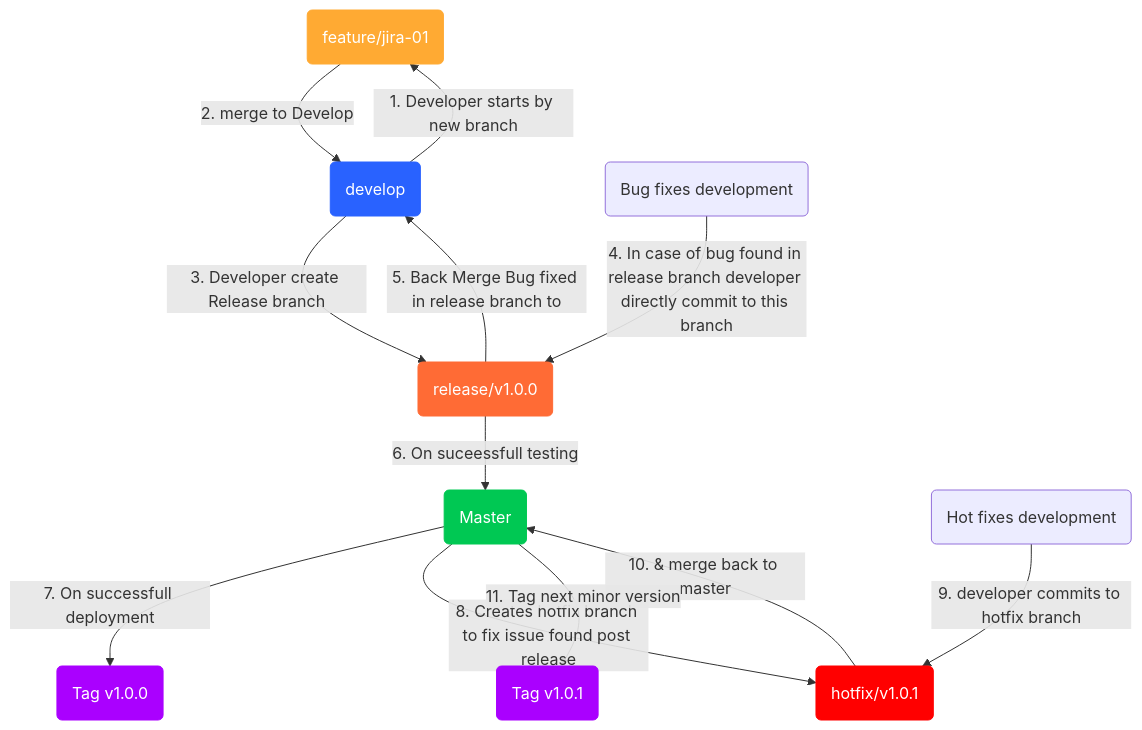
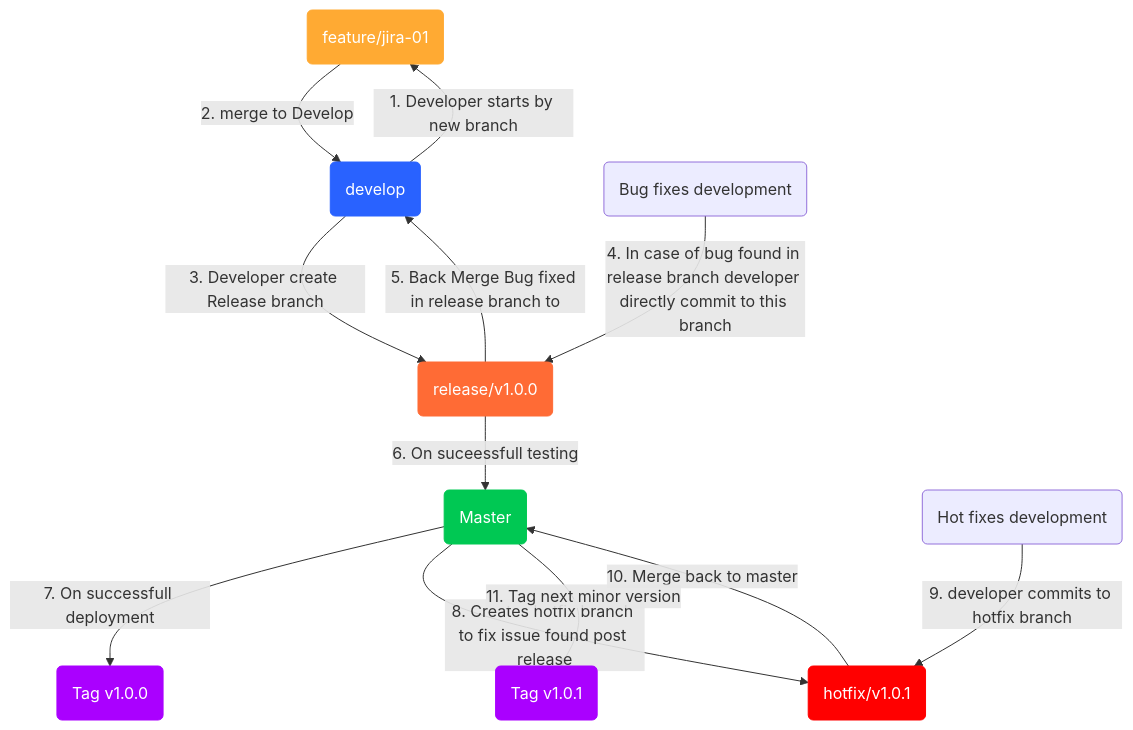
One commit to karthikeyan-manivasagam/gitflow-flowchart-mermaid changed the diagram in flowchart.mermaid. Above: the diagram before and after it, drawn with Mermaid.

```diff
--- a/flowchart.mermaid
+++ b/flowchart.mermaid
@@ -1,36 +1,36 @@
 flowchart TD
     %% Nodes
     A("feature/jira-01")
     B("develop")
     C("release/v1.0.0")
     D("Master")
     E("Bug fixes development")
     G("Tag v1.0.0")
     H("hotfix/v1.0.1")
     K("Tag v1.0.1")
     L("Hot fixes development")
 
     %% Edge connections between nodes
     B --> |1. Developer starts by new branch| A
     A-->|2. merge to Develop| B --> | 3. Developer create Release branch | C --> | 6. On suceessfull testing | D
     E --> | 4. In case of bug found in release branch developer directly commit to this branch | C 
     C --> | 5. Back Merge Bug fixed in release branch to | B
     D --> | 7. On successfull deployment | G
     D --> | 8. Creates hotfix branch to fix issue found post release | H
-    H --> | 10. & merge back to master | D
+    H --> | 10. Merge back to master | D
     D --> | 11. Tag next minor version | K
     L --> | 9. developer commits to hotfix branch | H 
     
     
     %% Labels for clarity
     class B fill:#f9f,stroke:#333,stroke-width:2px
     class C fill:#ff9,stroke:#333,stroke-width:2px
     class E fill:#9f9,stroke:#333,stroke-width:2px
     class H fill:#f99,stroke:#333,stroke-width:2px
     style B color:white, fill:#2962FF,stroke:#2962FF,stroke-width:1px
     style A color:white, fill:#FFAA33,stroke:#FFAA33,stroke-width:1px
     style C color:white, fill:#ff6b35,stroke:#ff6b35,stroke-width:1px
     style D color:white, fill:#00C853,stroke:#00C853,stroke-width:1px
     style G color:white, fill:#AA00FF,stroke:#AA00FF,stroke-width:1px
     style H color:white, fill:red,stroke:red,stroke-width:1px
     style K color:white, fill:#AA00FF,stroke:#AA00FF,stroke-width:1px
```
